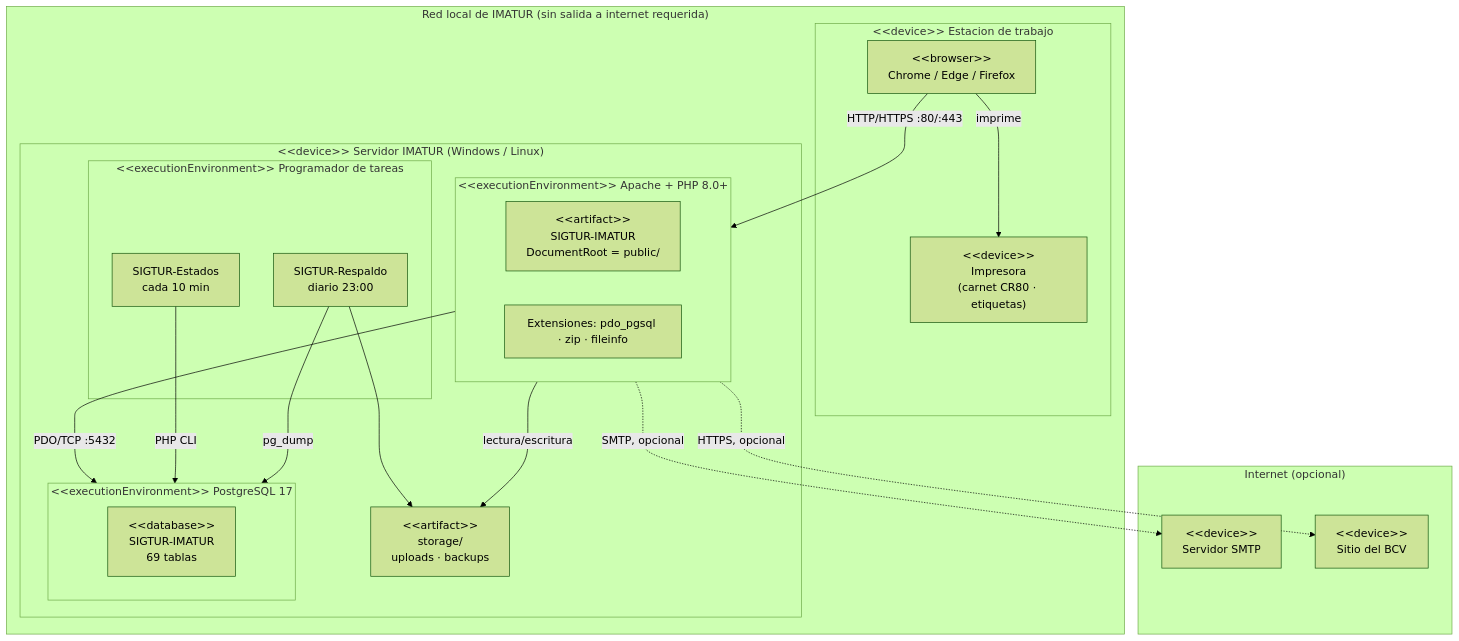
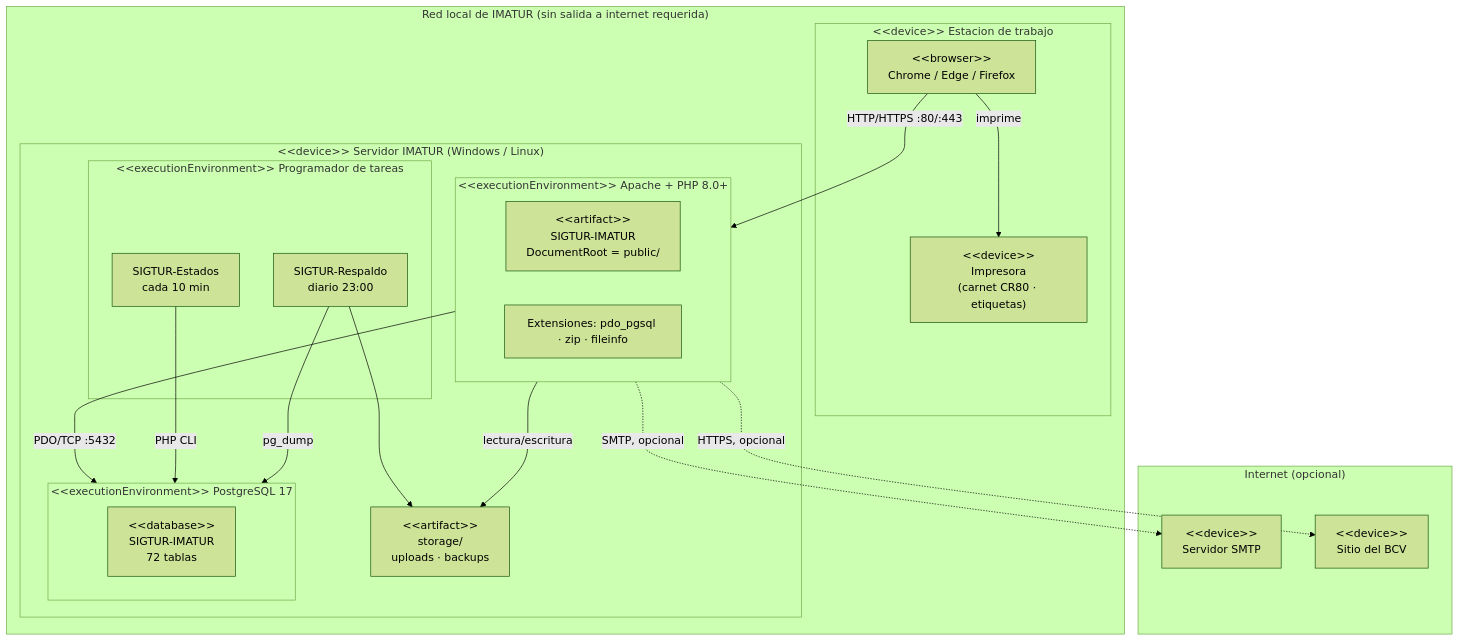
Before and after one commit to Denxxe/SIGTUR-IMATUR: the fifth of 5 diagrams in docs/DIAGRAMA_COMPONENTES.md, drawn with Mermaid (forest theme). The commit also changed 34 other files, not shown here.

````diff
--- a/docs/DIAGRAMA_COMPONENTES.md
+++ b/docs/DIAGRAMA_COMPONENTES.md
@@ -328,39 +328,39 @@
 ```mermaid
 flowchart TB
     subgraph LAN["Red local de IMATUR (sin salida a internet requerida)"]
         subgraph N1["&lt;&lt;device&gt;&gt; Estacion de trabajo"]
             NAV["&lt;&lt;browser&gt;&gt;<br/>Chrome / Edge / Firefox"]
             IMP["&lt;&lt;device&gt;&gt;<br/>Impresora<br/>(carnet CR80 · etiquetas)"]
         end
 
         subgraph N2["&lt;&lt;device&gt;&gt; Servidor IMATUR (Windows / Linux)"]
             subgraph WS["&lt;&lt;executionEnvironment&gt;&gt; Apache + PHP 8.0+"]
                 APP["&lt;&lt;artifact&gt;&gt;<br/>SIGTUR-IMATUR<br/>DocumentRoot = public/"]
                 EXT["Extensiones: pdo_pgsql · zip · fileinfo"]
             end
             subgraph DBE["&lt;&lt;executionEnvironment&gt;&gt; PostgreSQL 17"]
-                DBI["&lt;&lt;database&gt;&gt;<br/>SIGTUR-IMATUR<br/>69 tablas"]
+                DBI["&lt;&lt;database&gt;&gt;<br/>SIGTUR-IMATUR<br/>72 tablas"]
             end
             subgraph SCH["&lt;&lt;executionEnvironment&gt;&gt; Programador de tareas"]
                 TK1["SIGTUR-Estados<br/>cada 10 min"]
                 TK2["SIGTUR-Respaldo<br/>diario 23:00"]
             end
             FSY["&lt;&lt;artifact&gt;&gt;<br/>storage/<br/>uploads · backups"]
         end
     end
 
     subgraph WAN["Internet (opcional)"]
         SMTP["&lt;&lt;device&gt;&gt;<br/>Servidor SMTP"]
         BCV["&lt;&lt;device&gt;&gt;<br/>Sitio del BCV"]
     end
 
     NAV -- "HTTP/HTTPS :80/:443" --> WS
     NAV -- "imprime" --> IMP
     WS -- "PDO/TCP :5432" --> DBE
     WS -- "lectura/escritura" --> FSY
     TK1 -- "PHP CLI" --> DBE
     TK2 -- "pg_dump" --> DBE
     TK2 --> FSY
     WS -. "SMTP, opcional" .-> SMTP
     WS -. "HTTPS, opcional" .-> BCV
 ```
````
